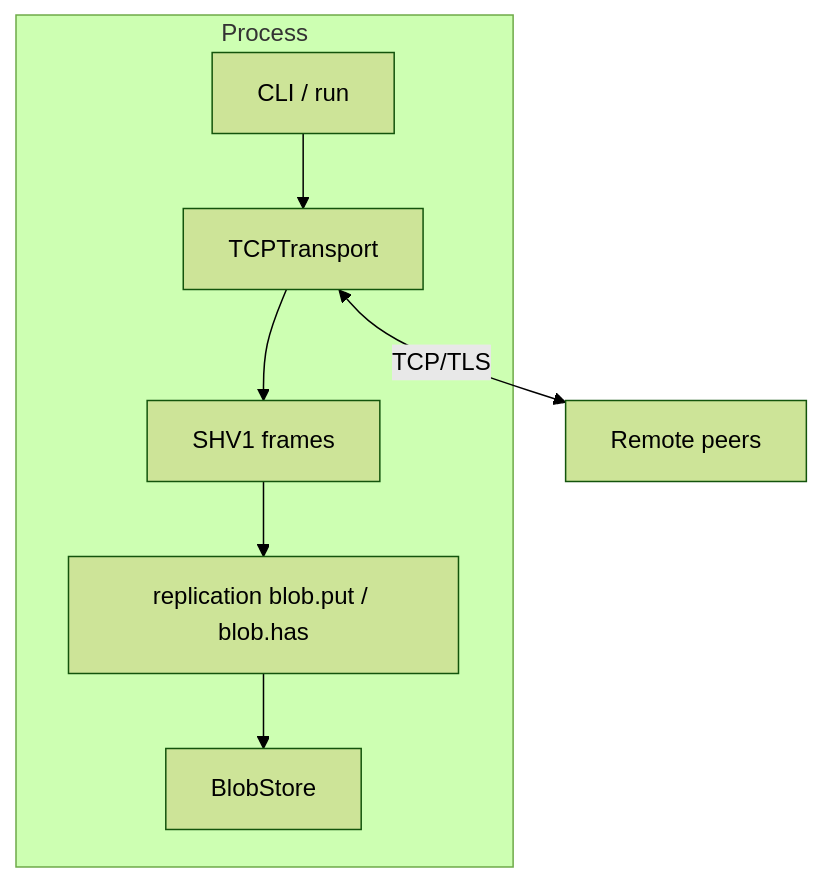
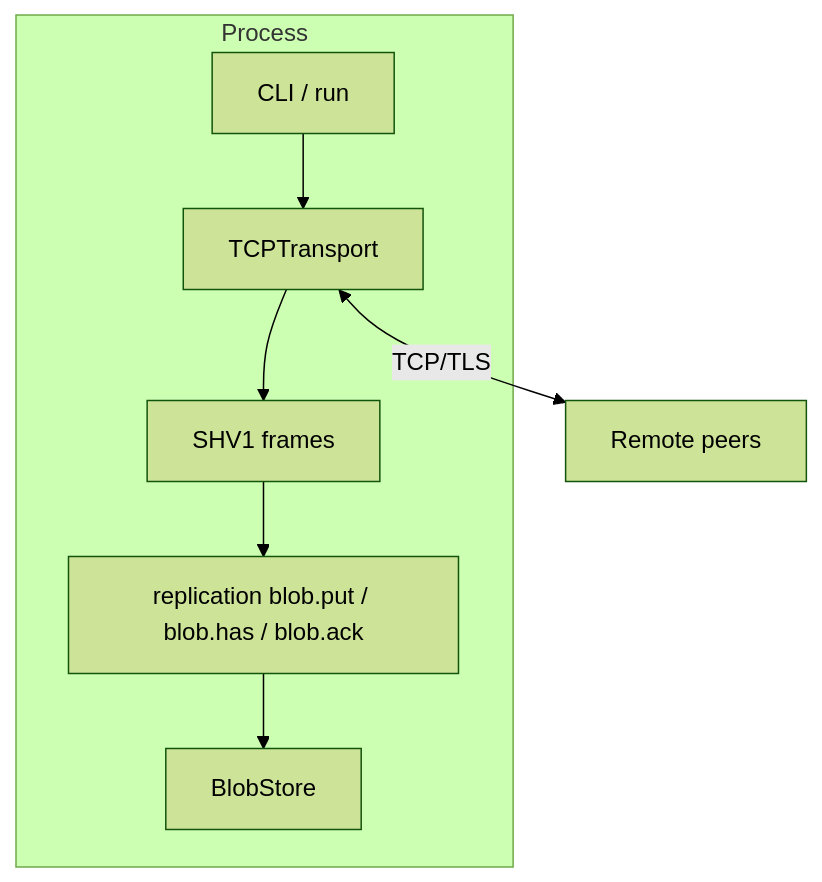
One commit to AliSinaDevelo/StreamHive changed the diagram in README.md. Above: the diagram before and after it, drawn with Mermaid (forest theme). The commit also changed other lines of this file and 8 other files, not shown here.

````diff
--- a/README.md
+++ b/README.md
@@ -155,15 +155,15 @@
 ```mermaid
 flowchart TB
   subgraph app [Process]
     CLI[CLI / run]
     T[TCPTransport]
     F[SHV1 frames]
     S[BlobStore]
-    R[replication blob.put / blob.has]
+    R[replication blob.put / blob.has / blob.ack]
     CLI --> T
     T --> F
     F --> R
     R --> S
   end
   T <-->|TCP/TLS| remote[Remote peers]
 ```
````
